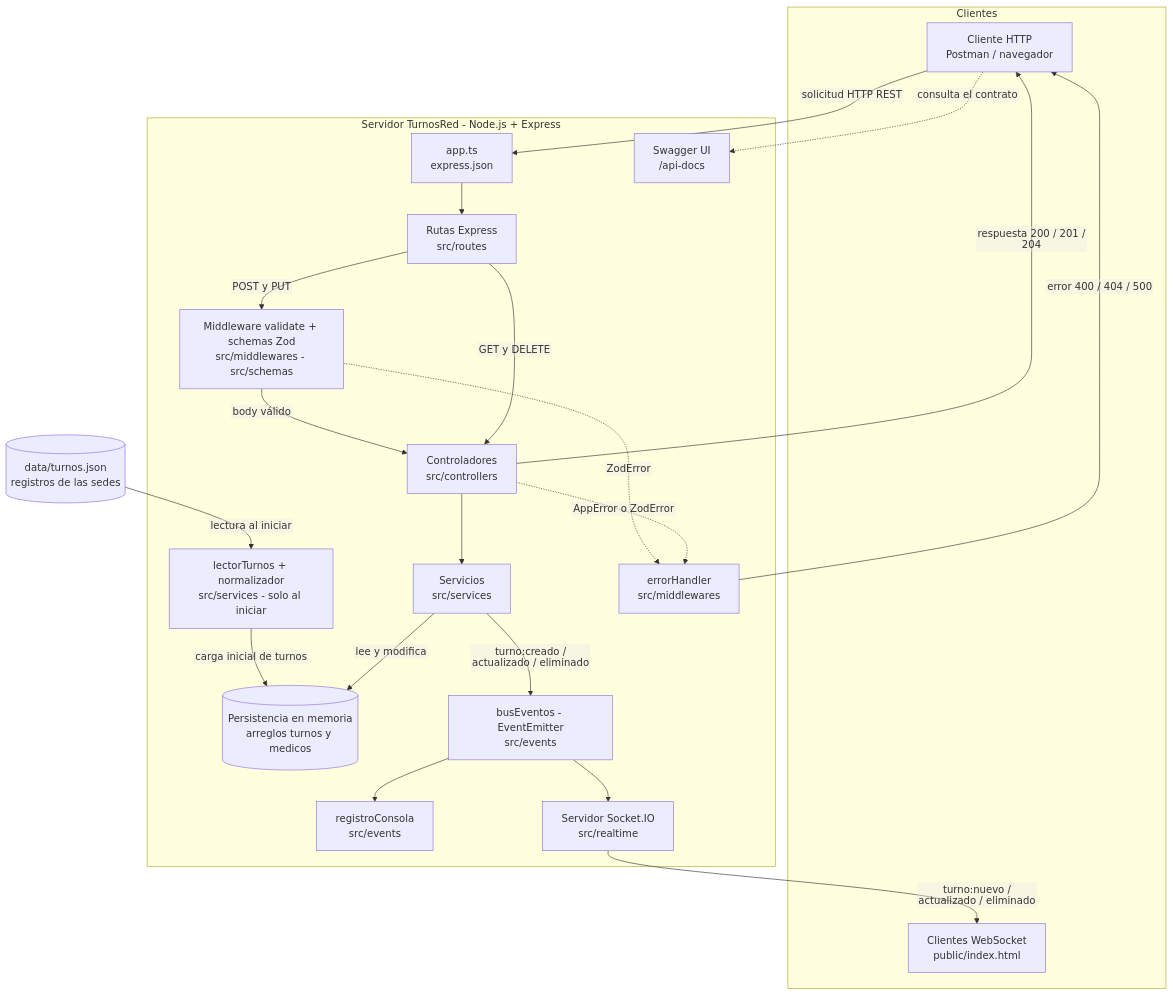
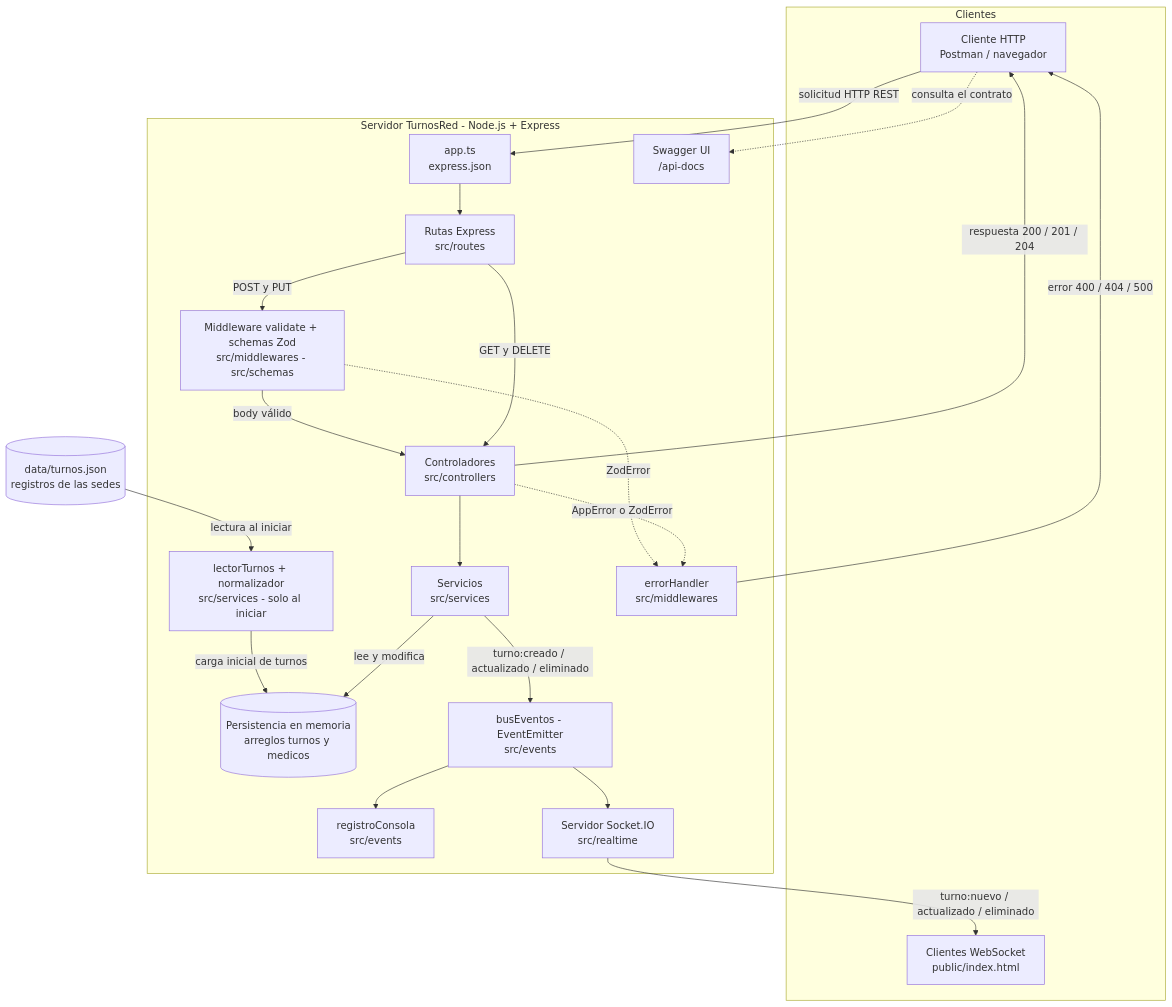
The first of 2 diagrams in README.md (vaneerc-pr/turnos-red), drawn with Mermaid before and after one commit.

Commit message:
docs: restaura etiquetas por defecto en diagrama de componentes

````diff
--- a/README.md
+++ b/README.md
@@ -160,44 +160,43 @@
 ```mermaid
-%%{init: {"flowchart": {"htmlLabels": false}} }%%
 flowchart TB
     subgraph Clientes
         HTTP["Cliente HTTP<br/>Postman / navegador"]
         WEB["Clientes WebSocket<br/>public/index.html"]
     end
 
     DISCO[("data/turnos.json<br/>registros de las sedes")]
 
     subgraph Servidor["Servidor TurnosRed - Node.js + Express"]
         CARGA["lectorTurnos + normalizador<br/>src/services - solo al iniciar"]
         APP["app.ts<br/>express.json"]
         DOCS["Swagger UI<br/>/api-docs"]
         ROUTES["Rutas Express<br/>src/routes"]
         VALIDATE["Middleware validate + schemas Zod<br/>src/middlewares - src/schemas"]
         CTRL["Controladores<br/>src/controllers"]
         SERV["Servicios<br/>src/services"]
         MEM[("Persistencia en memoria<br/>arreglos turnos y medicos")]
         ERR["errorHandler<br/>src/middlewares"]
         BUS["busEventos - EventEmitter<br/>src/events"]
         LOG["registroConsola<br/>src/events"]
         SIO["Servidor Socket.IO<br/>src/realtime"]
     end
 
     DISCO -->|"lectura al iniciar"| CARGA
     CARGA -->|"carga inicial de turnos"| MEM
     HTTP -->|"solicitud HTTP REST"| APP
     HTTP -.->|"consulta el contrato"| DOCS
     APP --> ROUTES
     ROUTES -->|"POST y PUT"| VALIDATE
     VALIDATE -->|"body válido"| CTRL
     ROUTES -->|"GET y DELETE"| CTRL
     CTRL --> SERV
     SERV -->|"lee y modifica"| MEM
     CTRL -->|"respuesta 200 / 201 / 204"| HTTP
     VALIDATE -.->|"ZodError"| ERR
     CTRL -.->|"AppError o ZodError"| ERR
     ERR -->|"error 400 / 404 / 500"| HTTP
     SERV -->|"turno:creado / actualizado / eliminado"| BUS
     BUS --> LOG
     BUS --> SIO
     SIO -->|"turno:nuevo / actualizado / eliminado"| WEB
 ```
````
